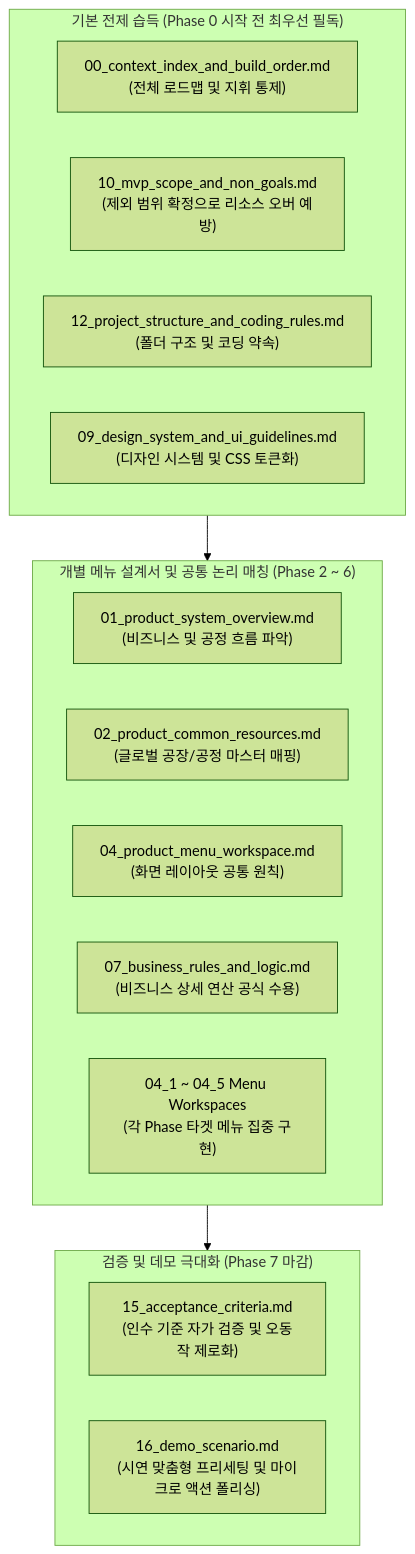
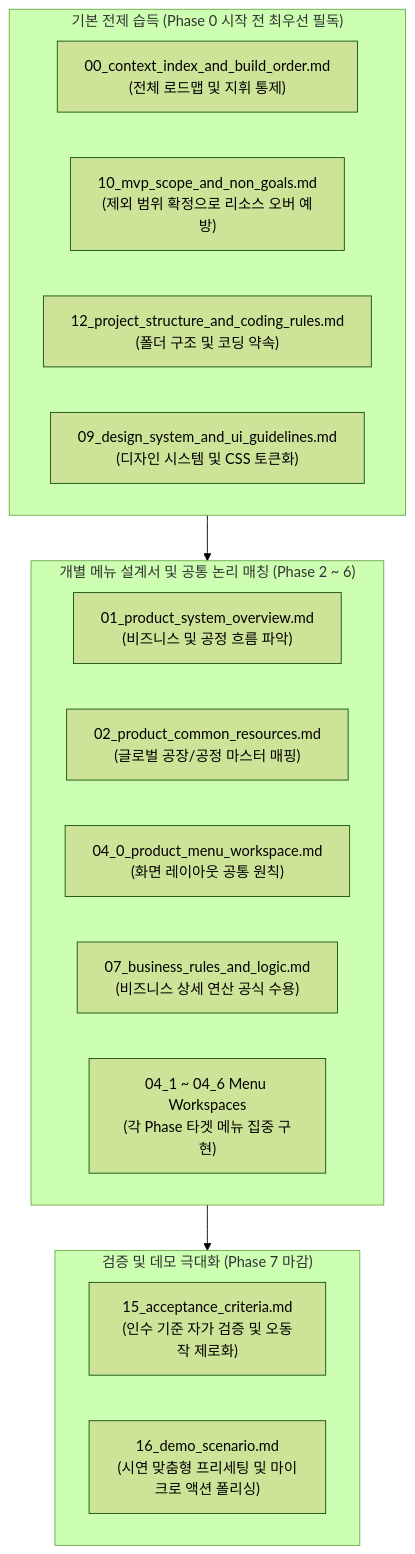
One commit to jumasi-34/RiskHunter changed the diagram in context/00_context_index_and_build_order.md. Above: the diagram before and after it, drawn with Mermaid (forest theme). The commit also changed other lines of this file and 22 other files, not shown here.

````diff
--- a/context/00_context_index_and_build_order.md
+++ b/context/00_context_index_and_build_order.md
@@ -58,26 +59,26 @@
 ```mermaid
 graph TD
     subgraph Start ["기본 전제 습득 (Phase 0 시작 전 최우선 필독)"]
         D00["00_context_index_and_build_order.md<br>(전체 로드맵 및 지휘 통제)"]
         D10["10_mvp_scope_and_non_goals.md<br>(제외 범위 확정으로 리소스 오버 예방)"]
         D12["12_project_structure_and_coding_rules.md<br>(폴더 구조 및 코딩 약속)"]
         D09["09_design_system_and_ui_guidelines.md<br>(디자인 시스템 및 CSS 토큰화)"]
     end
 
     subgraph Menu_Build ["개별 메뉴 설계서 및 공통 논리 매칭 (Phase 2 ~ 6)"]
         D01["01_product_system_overview.md<br>(비즈니스 및 공정 흐름 파악)"]
         D02["02_product_common_resources.md<br>(글로벌 공장/공정 마스터 매핑)"]
-        D04["04_product_menu_workspace.md<br>(화면 레이아웃 공통 원칙)"]
+        D04["04_0_product_menu_workspace.md<br>(화면 레이아웃 공통 원칙)"]
         D07["07_business_rules_and_logic.md<br>(비즈니스 상세 연산 공식 수용)"]
         
-        D_Menus["04_1 ~ 04_5 Menu Workspaces<br>(각 Phase 타겟 메뉴 집중 구현)"]
+        D_Menus["04_1 ~ 04_6 Menu Workspaces<br>(각 Phase 타겟 메뉴 집중 구현)"]
     end
 
     subgraph Final_Polish ["검증 및 데모 극대화 (Phase 7 마감)"]
         D15["15_acceptance_criteria.md<br>(인수 기준 자가 검증 및 오동작 제로화)"]
         D16["16_demo_scenario.md<br>(시연 맞춤형 프리세팅 및 마이크로 액션 폴리싱)"]
     end
 
     Start --> Menu_Build
     Menu_Build --> Final_Polish
 ```
````
